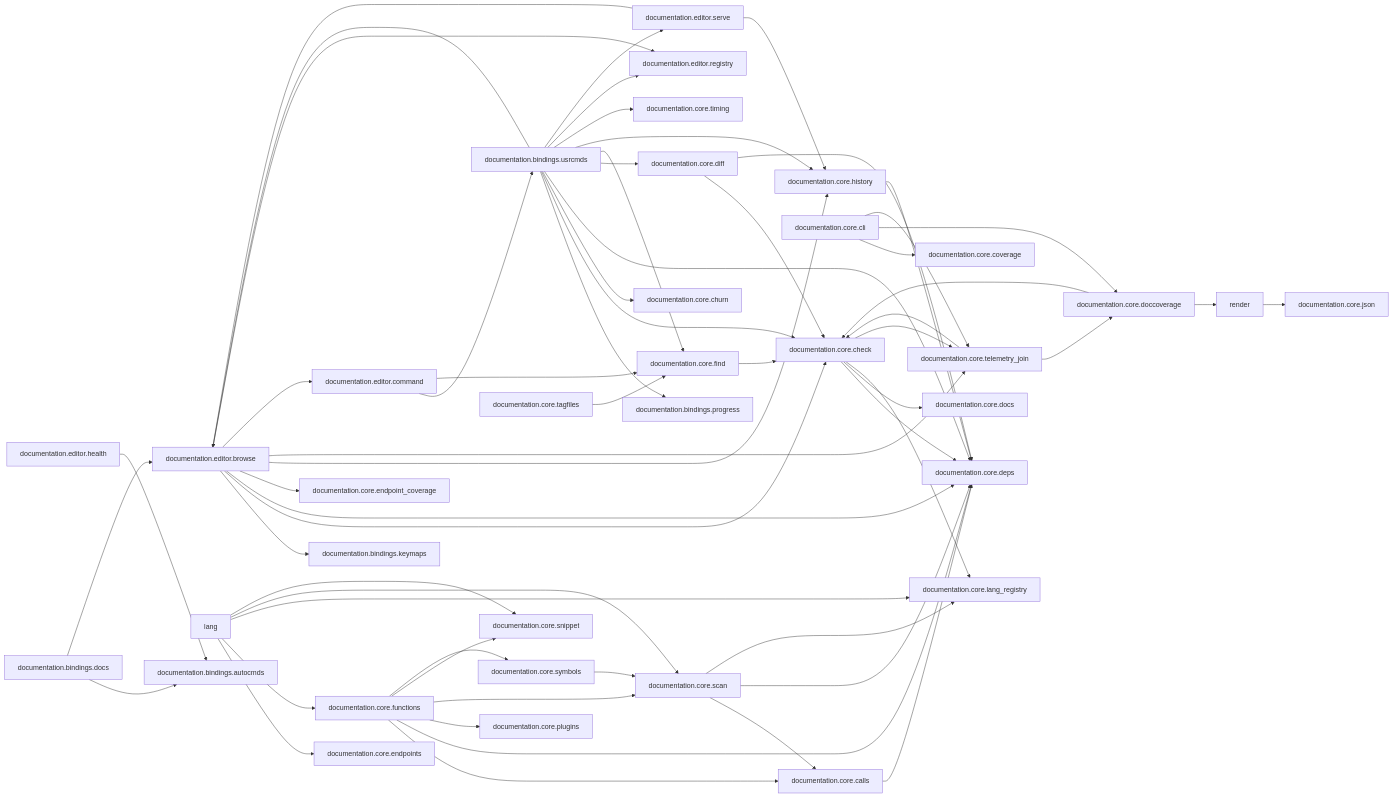
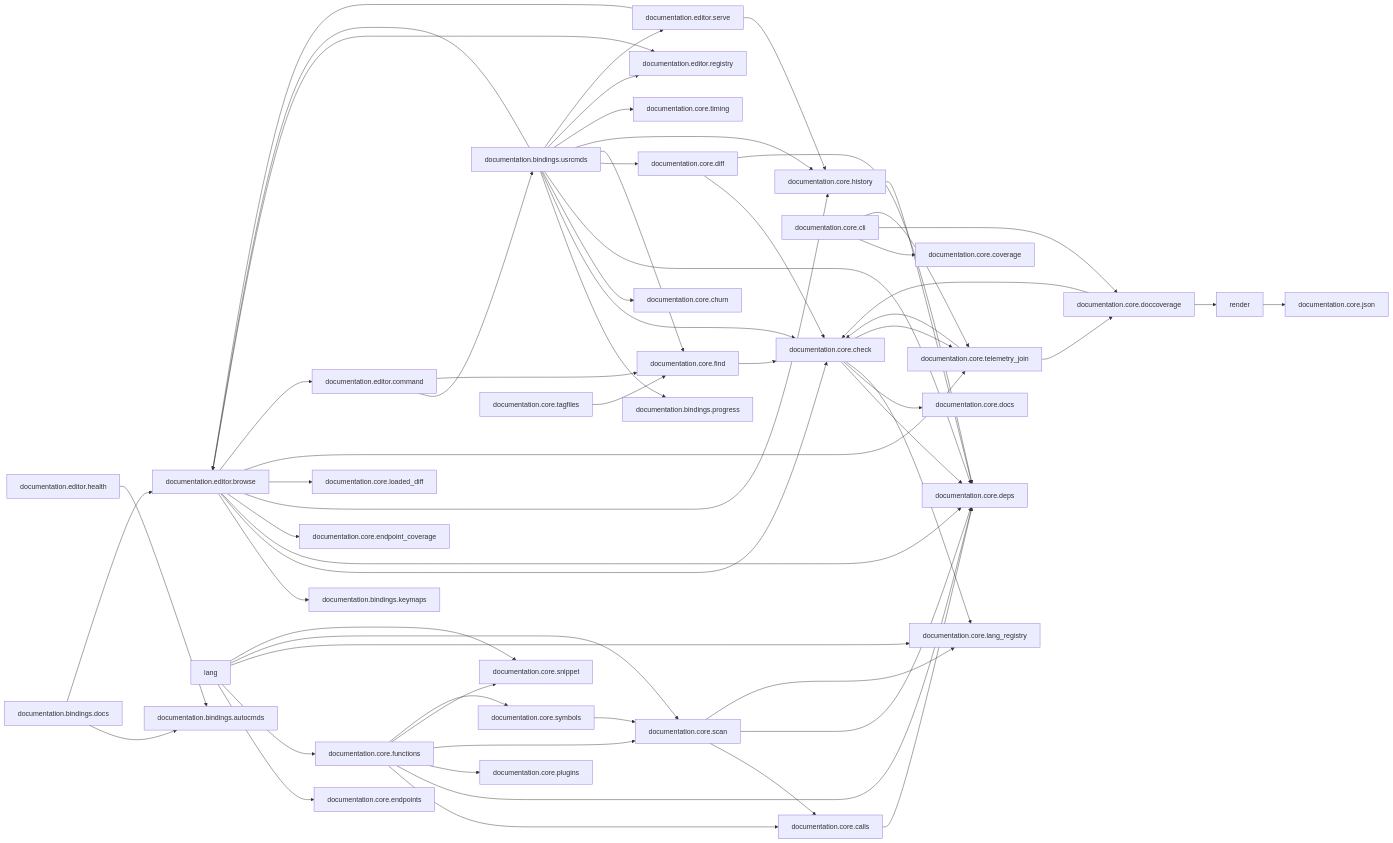
One commit to StefanBartl/documentation.nvim changed the second of 2 diagrams in docs/map/overview.md. Above: the diagram before and after it, drawn with Mermaid. The commit also changed other lines of this file and 11 other files, not shown here.

First line of the commit message:
feat(browse): loaded-vs-declared mode -- runtime-analysis.nvim's own docs/ROADMAP.md §5.3

```diff
--- a/docs/map/overview.md
+++ b/docs/map/overview.md
@@ -63,6 +63,7 @@
   nlua_documentation_core_json_lua["documentation.core.json"]
   nlua_documentation_core_lang["lang"]
   nlua_documentation_core_lang_registry_lua["documentation.core.lang_registry"]
+  nlua_documentation_core_loaded_diff_lua["documentation.core.loaded_diff"]
   nlua_documentation_core_plugins_lua["documentation.core.plugins"]
   nlua_documentation_core_render["render"]
   nlua_documentation_core_scan_lua["documentation.core.scan"]
@@ -127,6 +128,7 @@
   nlua_documentation_editor_browse --> nlua_documentation_core_deps_lua
   nlua_documentation_editor_browse --> nlua_documentation_core_endpoint_coverage_lua
   nlua_documentation_editor_browse --> nlua_documentation_core_history_lua
+  nlua_documentation_editor_browse --> nlua_documentation_core_loaded_diff_lua
   nlua_documentation_editor_browse --> nlua_documentation_core_telemetry_join_lua
   nlua_documentation_editor_browse --> nlua_documentation_editor_command_lua
   nlua_documentation_editor_browse --> nlua_documentation_editor_registry_lua
```
